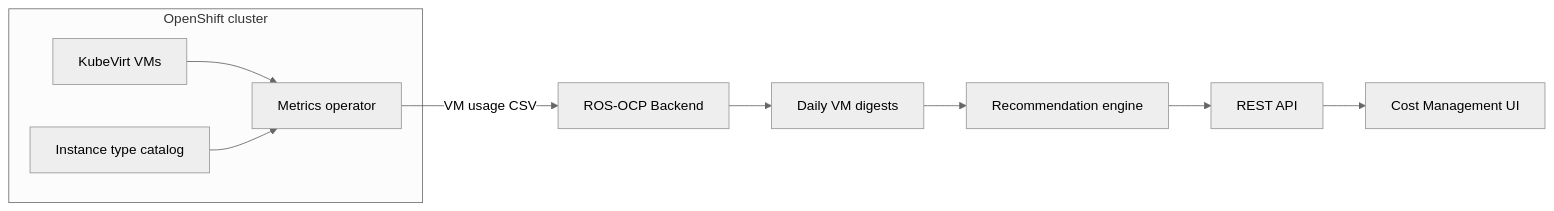
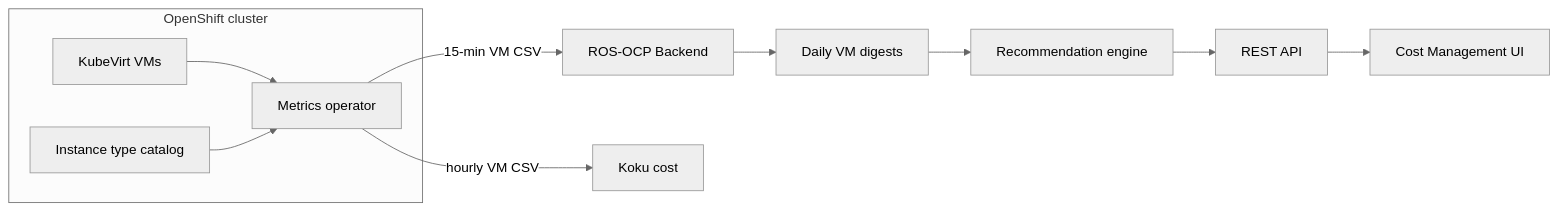
Before and after one commit to pgarciaq/ros-ocp-backend: the diagram in docs-site/features/virtual-machines.md, drawn with Mermaid (neutral theme). The commit also changed other lines of this file and 1 other file, not shown here.

````diff
--- a/docs-site/features/virtual-machines.md
+++ b/docs-site/features/virtual-machines.md
@@ -298,15 +327,16 @@
 ```mermaid
 flowchart LR
   subgraph Cluster["OpenShift cluster"]
     O[Metrics operator]
     KV[KubeVirt VMs]
     IT[Instance type catalog]
     KV --> O
     IT --> O
   end
-  O -->|VM usage CSV| R[ROS-OCP Backend]
+  O -->|15-min VM CSV| R[ROS-OCP Backend]
+  O -->|hourly VM CSV| K[Koku cost]
   R --> D[Daily VM digests]
   D --> E[Recommendation engine]
   E --> API[REST API]
   API --> UI[Cost Management UI]
 ```
````
